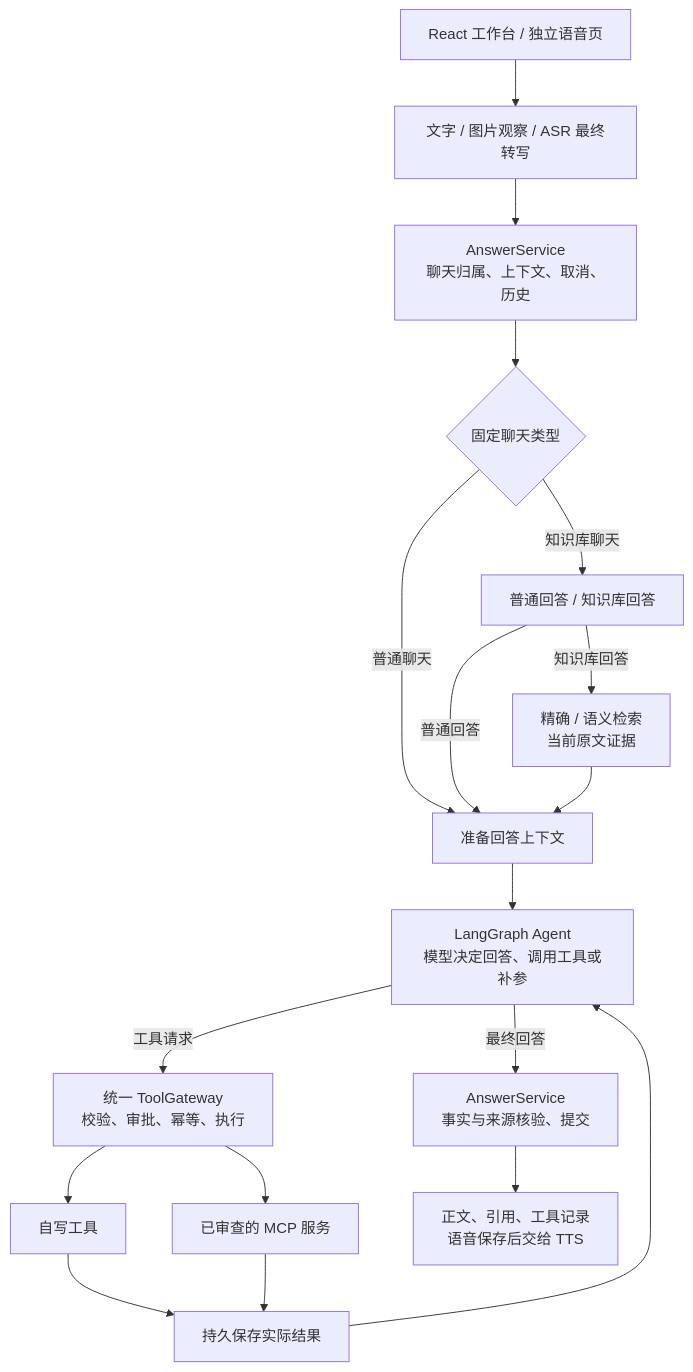
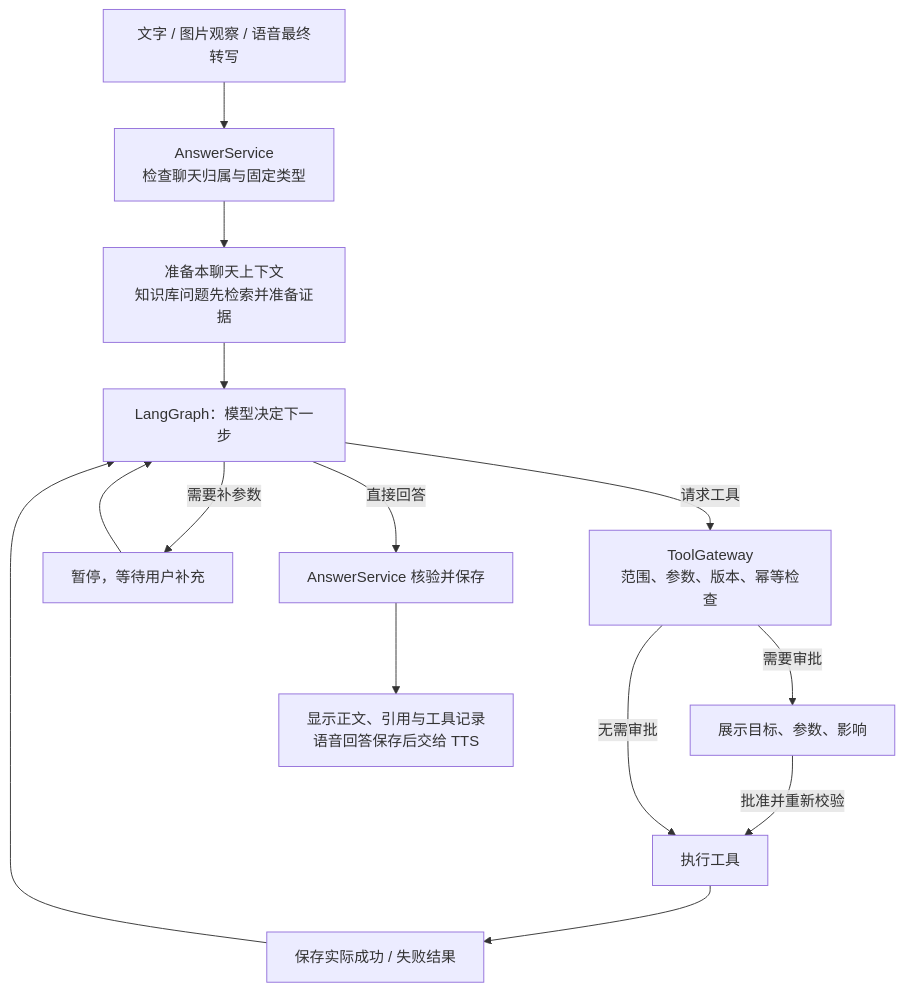
Before and after one commit to JX05120LLL/CiteRAG: the diagram in README.md, drawn with Mermaid. The commit also changed other lines of this file and 13 other files, not shown here.

````diff
--- a/README.md
+++ b/README.md
@@ -147,25 +147,16 @@
 ```mermaid
 flowchart TD
-    UI["React 工作台 / 独立语音页"]
-    INPUT["文字 / 图片观察 / ASR 最终转写"]
-    ANSWER["AnswerService<br/>聊天归属、上下文、取消、历史"]
-
-    UI --> INPUT --> ANSWER
-    ANSWER --> TYPE{"固定聊天类型"}
-    TYPE -->|普通聊天| CONTEXT["准备回答上下文"]
-    TYPE -->|知识库聊天| ROUTE["普通回答 / 知识库回答"]
-    ROUTE -->|普通回答| CONTEXT
-    ROUTE -->|知识库回答| RAG["精确 / 语义检索<br/>当前原文证据"]
-    RAG --> CONTEXT
-
-    CONTEXT --> AGENT["LangGraph Agent<br/>模型决定回答、调用工具或补参"]
-    AGENT -->|工具请求| GATE["统一 ToolGateway<br/>校验、审批、幂等、执行"]
-    GATE --> LOCAL["自写工具"]
-    GATE --> MCP["已审查的 MCP 服务"]
-    LOCAL --> RESULT["持久保存实际结果"]
-    MCP --> RESULT
-    RESULT --> AGENT
-
-    AGENT -->|最终回答| CHECK["AnswerService<br/>事实与来源核验、提交"]
-    CHECK --> OUT["正文、引用、工具记录<br/>语音保存后交给 TTS"]
+    A["文字 / 图片观察 / 语音最终转写"] --> B["AnswerService<br/>检查聊天归属与固定类型"]
+    B --> C["准备本聊天上下文<br/>知识库问题先检索并准备证据"]
+    C --> D["LangGraph：模型决定下一步"]
+    D -->|直接回答| E["AnswerService 核验并保存"]
+    D -->|需要补参数| F["暂停，等待用户补充"]
+    F --> D
+    D -->|请求工具| G["ToolGateway<br/>范围、参数、版本、幂等检查"]
+    G -->|需要审批| H["展示目标、参数、影响"]
+    H -->|批准并重新校验| I["执行工具"]
+    G -->|无需审批| I
+    I --> J["保存实际成功 / 失败结果"]
+    J --> D
+    E --> K["显示正文、引用与工具记录<br/>语音回答保存后交给 TTS"]
 ```
````
